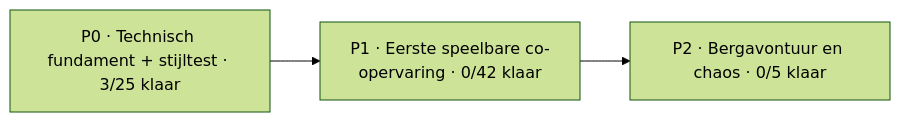
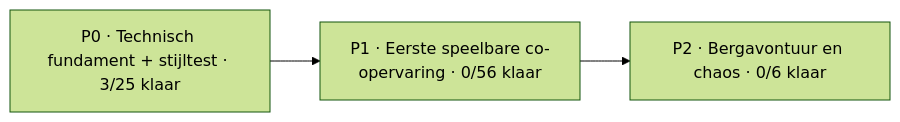
The diagram in Docs/PROJECT_BOARD.md (mlemson/conductor-chaos), drawn with Mermaid (forest theme) before and after one commit. The commit also changed other lines of this file, not shown here.

````diff
--- a/Docs/PROJECT_BOARD.md
+++ b/Docs/PROJECT_BOARD.md
@@ -13,7 +13,7 @@
 ```mermaid
 flowchart LR
     P0["P0 · Technisch fundament + stijltest · 3/25 klaar"]
-    P1["P1 · Eerste speelbare co-opervaring · 0/42 klaar"]
-    P2["P2 · Bergavontuur en chaos · 0/5 klaar"]
+    P1["P1 · Eerste speelbare co-opervaring · 0/56 klaar"]
+    P2["P2 · Bergavontuur en chaos · 0/6 klaar"]
     P0 --> P1 --> P2
 ```
````
